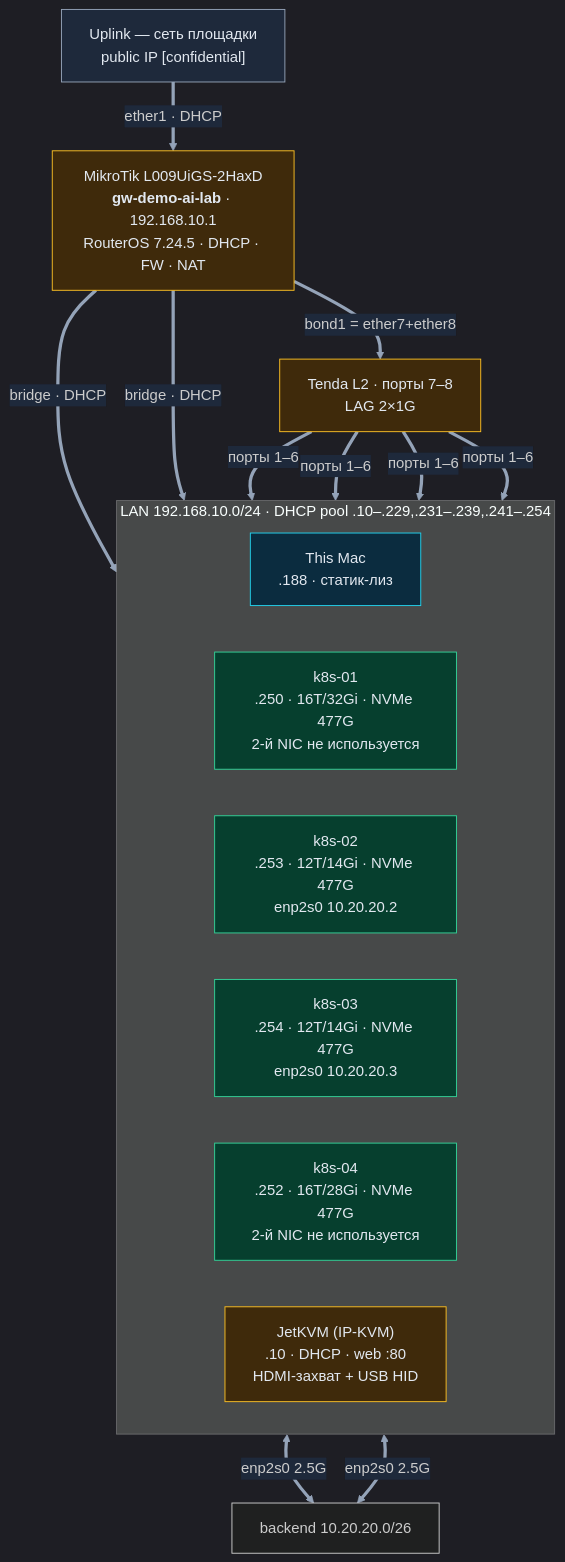
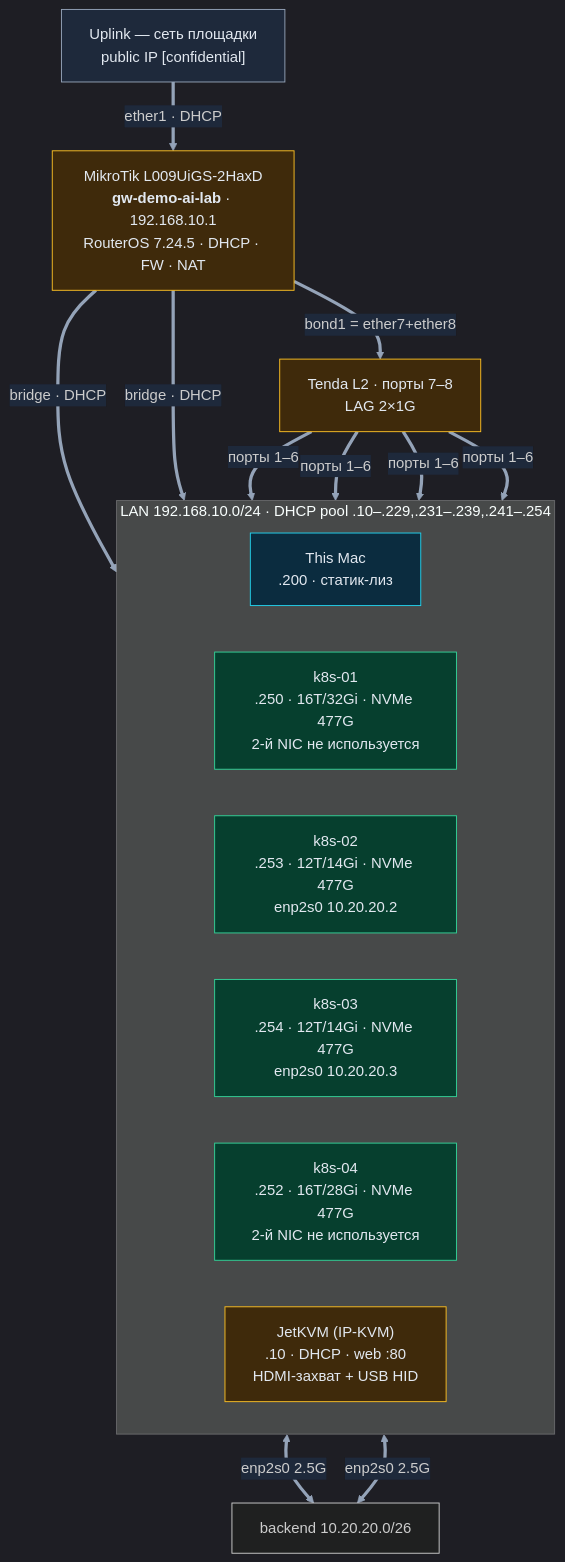
The diagram in network-map-detail.md (msklv/demo-ai-lab), drawn with Mermaid before and after one commit. The commit also changed other lines of this file and 25 other files, not shown here.

````diff
--- a/network-map-detail.md
+++ b/network-map-detail.md
@@ -14,37 +14,37 @@
 ```mermaid
 %%{init: {"theme": "dark", "themeVariables": {"fontFamily": "ui-monospace, monospace", "edgeLabelBackground": "#1e293b", "primaryTextColor": "#e2e8f0", "lineColor": "#94a3b8"}}}%%
 graph TD
 
     UP["Uplink — сеть площадки<br/>public IP [confidential]"]:::ext
 
     RT["MikroTik L009UiGS-2HaxD<br/><b>gw-demo-ai-lab</b> · 192.168.10.1<br/>RouterOS 7.24.5 · DHCP · FW · NAT"]:::net
 
     subgraph LAN["LAN 192.168.10.0/24 · DHCP pool .10–.229,.231–.239,.241–.254"]
         direction LR
-        MAC["This Mac<br/>.188 · статик-лиз"]:::mac
+        MAC["This Mac<br/>.200 · статик-лиз"]:::mac
         K1["k8s-01<br/>.250 · 16T/32Gi · NVMe 477G<br/>2-й NIC не используется"]:::linux
         K2["k8s-02<br/>.253 · 12T/14Gi · NVMe 477G<br/>enp2s0 10.20.20.2"]:::linux
         K3["k8s-03<br/>.254 · 12T/14Gi · NVMe 477G<br/>enp2s0 10.20.20.3"]:::linux
         K4["k8s-04<br/>.252 · 16T/28Gi · NVMe 477G<br/>2-й NIC не используется"]:::linux
         JK["JetKVM (IP-KVM)<br/>.10 · DHCP · web :80<br/>HDMI-захват + USB HID"]:::net
     end
 
     K2 <==>|"enp2s0 2.5G"| BE["backend 10.20.20.0/26"]
     K3 <==>|"enp2s0 2.5G"| BE
 
     UP ==>|"ether1 · DHCP"| RT
     SW["Tenda L2 · порты 7–8<br/>LAG 2×1G"]:::net
 
     RT ==>|"bridge · DHCP"| MAC
     RT ==>|"bridge · DHCP"| JK
     RT ==>|"bond1 = ether7+ether8"| SW
     SW ==>|"порты 1–6"| K1
     SW ==>|"порты 1–6"| K2
     SW ==>|"порты 1–6"| K3
     SW ==>|"порты 1–6"| K4
 
     classDef mac fill:#0b2c3f,stroke:#22d3ee,color:#e2e8f0;
     classDef linux fill:#063f2e,stroke:#34d399,color:#e2e8f0;
     classDef net fill:#3f2a0b,stroke:#fbbf24,color:#e2e8f0;
     classDef ext fill:#1e293b,stroke:#94a3b8,color:#e2e8f0;
 ```
````
